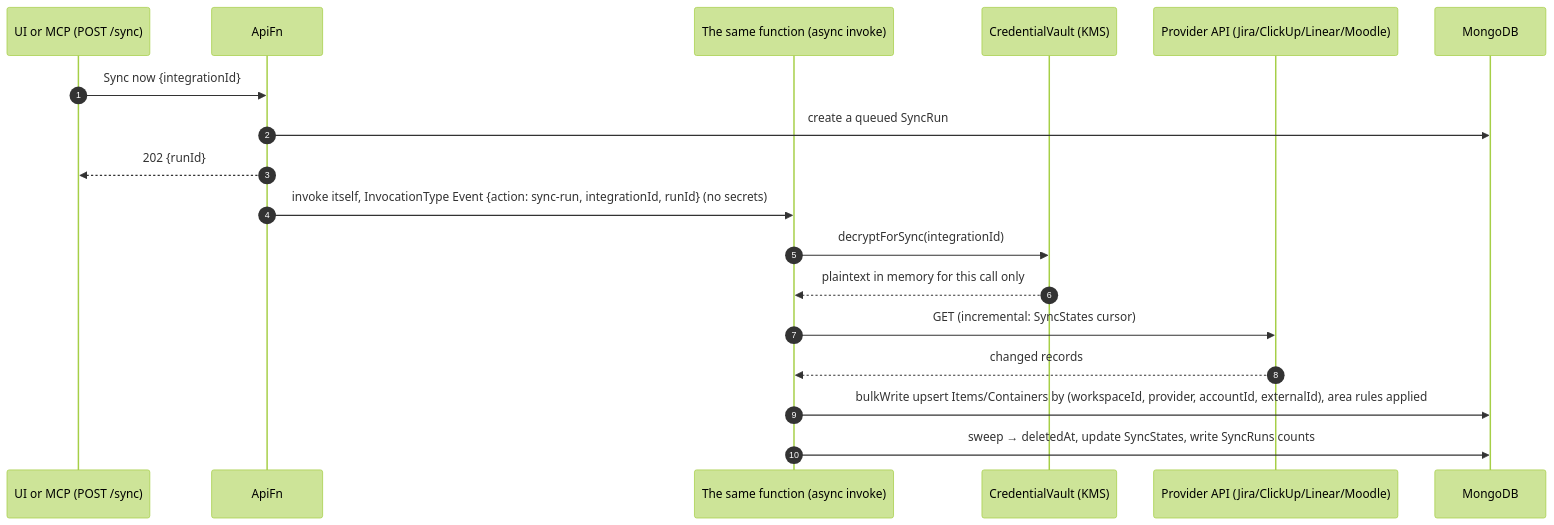
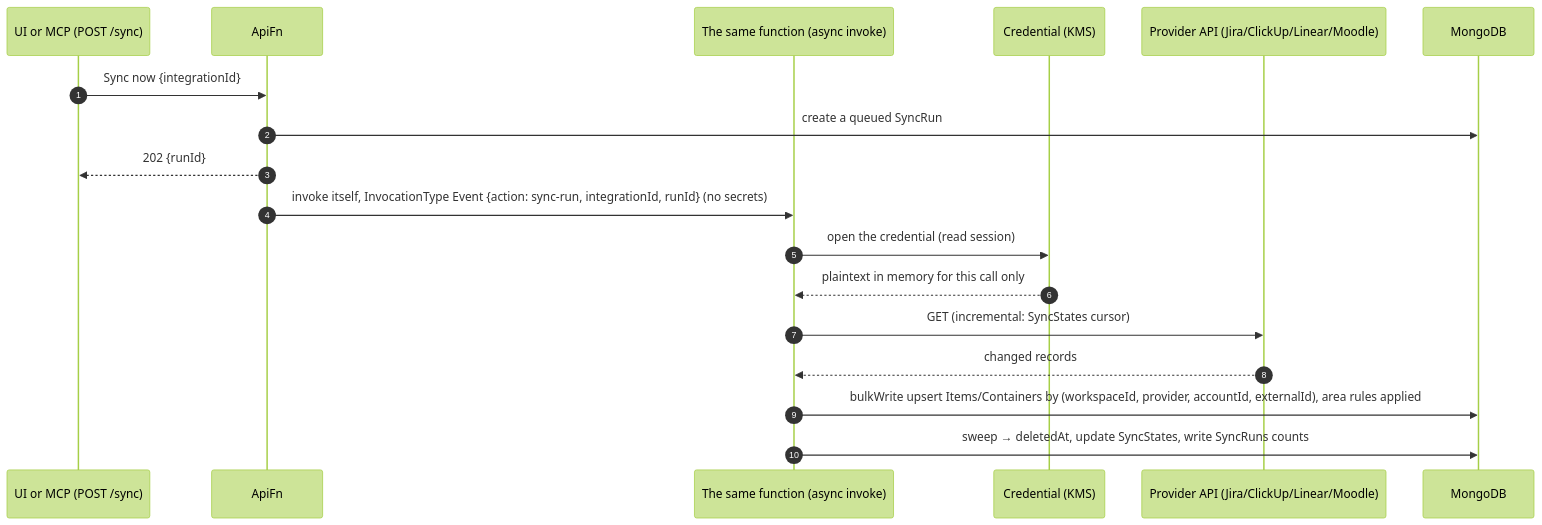
One commit to shalev396/ToDoList changed the second of 3 diagrams in docs/dashboard/OVERVIEW.md. Above: the diagram before and after it, drawn with Mermaid (forest theme). The commit also changed other lines of this file and 3 other files, not shown here.

Commit message:
docs: vault references name the Credential class

````diff
--- a/docs/dashboard/OVERVIEW.md
+++ b/docs/dashboard/OVERVIEW.md
@@ -77,20 +77,20 @@
 ```mermaid
 sequenceDiagram
   autonumber
   participant U as UI or MCP (POST /sync)
   participant A as ApiFn
   participant J as The same function (async invoke)
-  participant V as CredentialVault (KMS)
+  participant V as Credential (KMS)
   participant P as Provider API (Jira/ClickUp/Linear/Moodle)
   participant M as MongoDB
   U->>A: Sync now {integrationId}
   A->>M: create a queued SyncRun
   A-->>U: 202 {runId}
   A->>J: invoke itself, InvocationType Event {action: sync-run, integrationId, runId} (no secrets)
-  J->>V: decryptForSync(integrationId)
+  J->>V: open the credential (read session)
   V-->>J: plaintext in memory for this call only
   J->>P: GET (incremental: SyncStates cursor)
   P-->>J: changed records
   J->>M: bulkWrite upsert Items/Containers by (workspaceId, provider, accountId, externalId), area rules applied
   J->>M: sweep → deletedAt, update SyncStates, write SyncRuns counts
 ```
````
